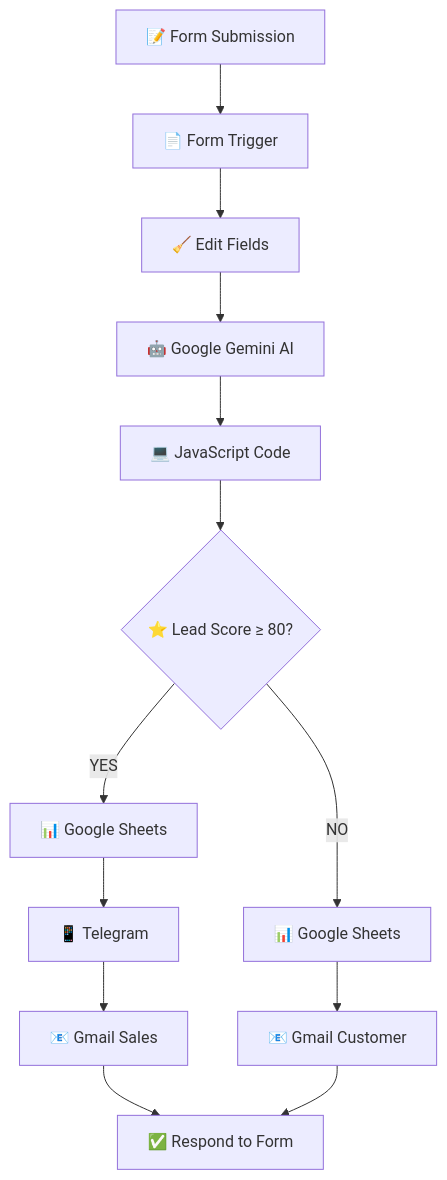
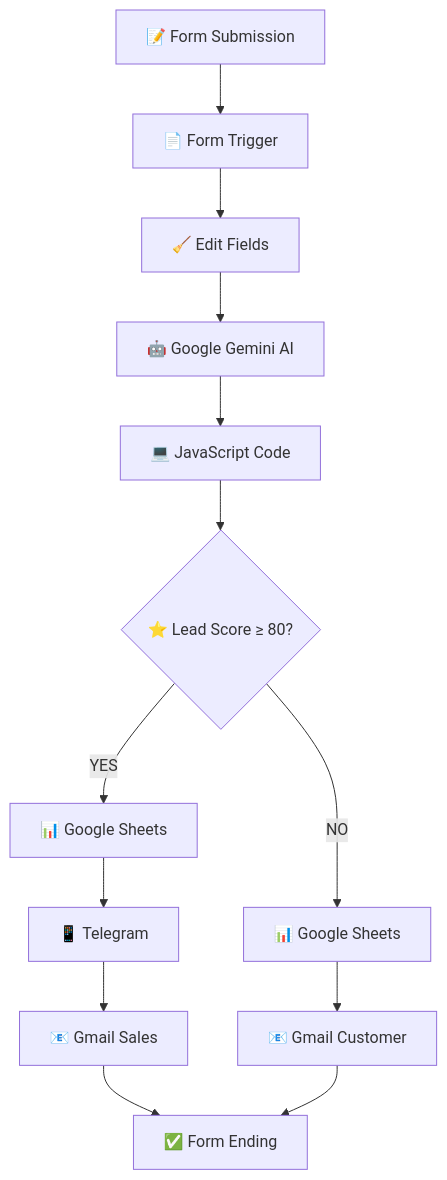
The second of 2 diagrams in README.md (belioautomation/CRM-Lead-Automation-n8n-Automation), drawn with Mermaid before and after one commit. The commit also changed other lines of this file, not shown here.

````diff
--- a/README.md
+++ b/README.md
@@ -764,29 +764,29 @@
 ```mermaid
 flowchart TD
 
 A["📝 Form Submission"]
 
 --> B["📄 Form Trigger"]
 
 B --> C["🧹 Edit Fields"]
 
 C --> D["🤖 Google Gemini AI"]
 
 D --> E["💻 JavaScript Code"]
 
 E --> F{"⭐ Lead Score ≥ 80?"}
 
 F -->|YES| G["📊 Google Sheets"]
 
 G --> H["📱 Telegram"]
 
 H --> I["📧 Gmail Sales"]
 
 F -->|NO| J["📊 Google Sheets"]
 
 J --> K["📧 Gmail Customer"]
 
-I --> L["✅ Respond to Form"]
+I --> L["✅ Form Ending"]
 
 K --> L
 ```
````
